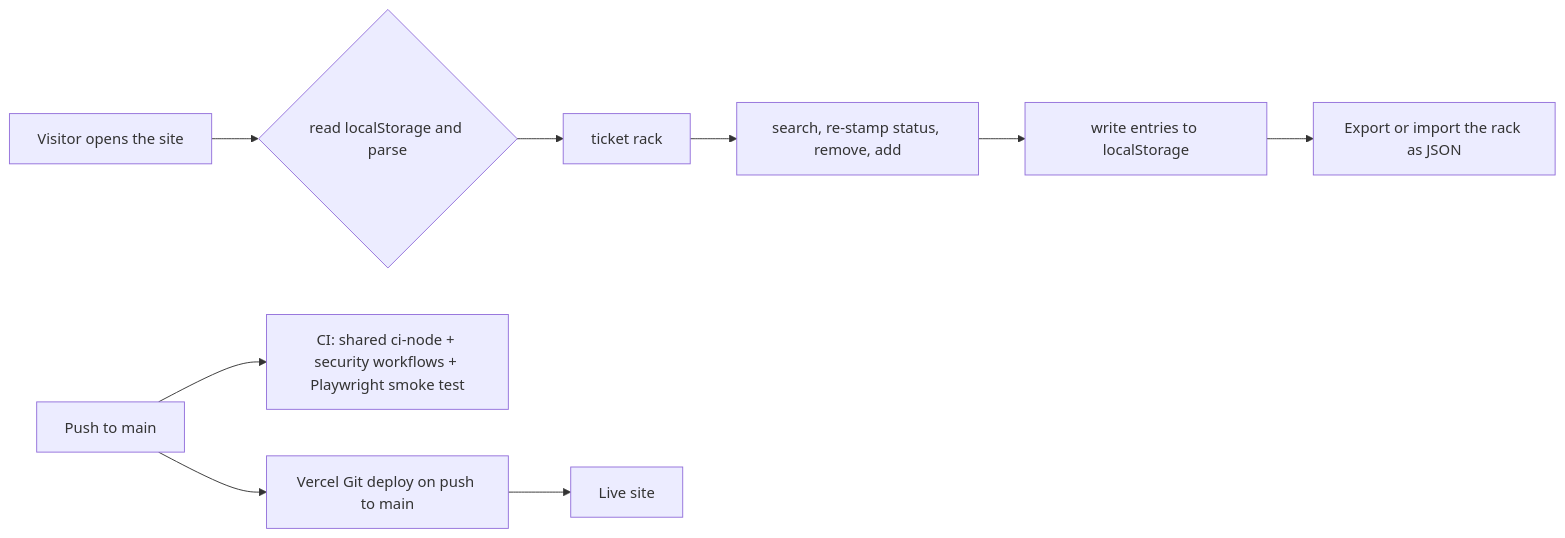
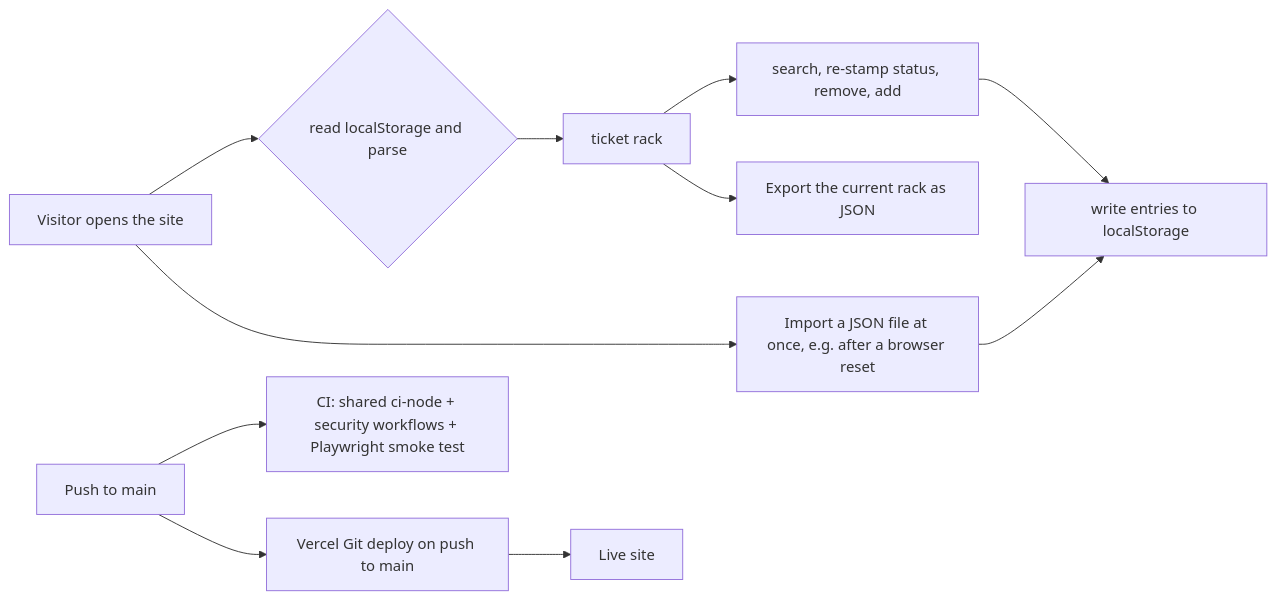
Before and after one commit to bookchaowalit-website/marketing-giveaways-web: the second of 2 diagrams in docs/diagrams/01-business-process.md, drawn with Mermaid. The commit also changed other lines of this file, not shown here.

````diff
--- a/docs/diagrams/01-business-process.md
+++ b/docs/diagrams/01-business-process.md
@@ -34,10 +37,11 @@
 ```mermaid
 flowchart LR
   V["Visitor opens the site"] --> RD{"read localStorage and parse"}
   RD --> LIST["ticket rack"]
   LIST --> ACT["search, re-stamp status, remove, add"]
   ACT --> SAVE["write entries to localStorage"]
-  SAVE --> EXP["Export or import the rack as JSON"]
+  LIST --> EXP["Export the current rack as JSON"]
+  V --> IMP["Import a JSON file at once, e.g. after a browser reset"] --> SAVE
   DEV["Push to main"] --> CI["CI: shared ci-node + security workflows + Playwright smoke test"]
   DEV --> VG["Vercel Git deploy on push to main"] --> LIVE["Live site"]
 ```
````
